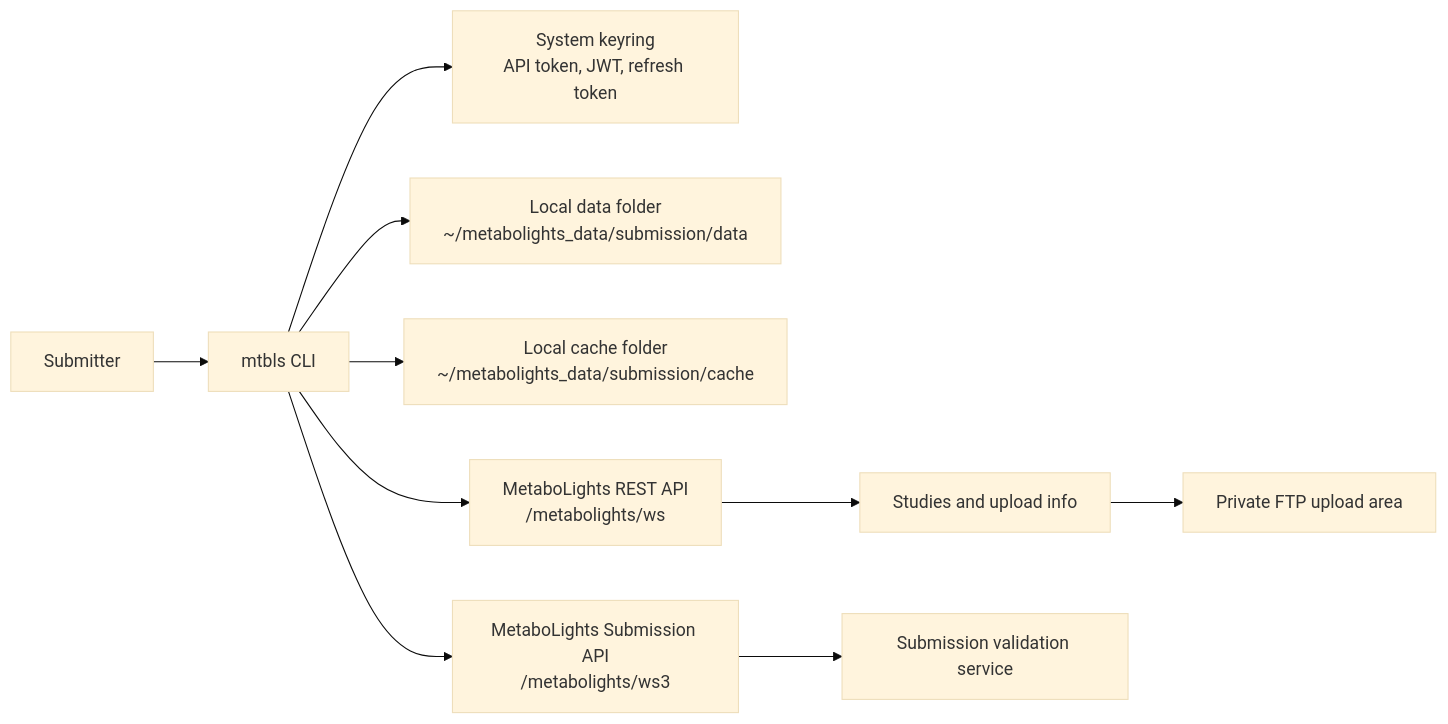
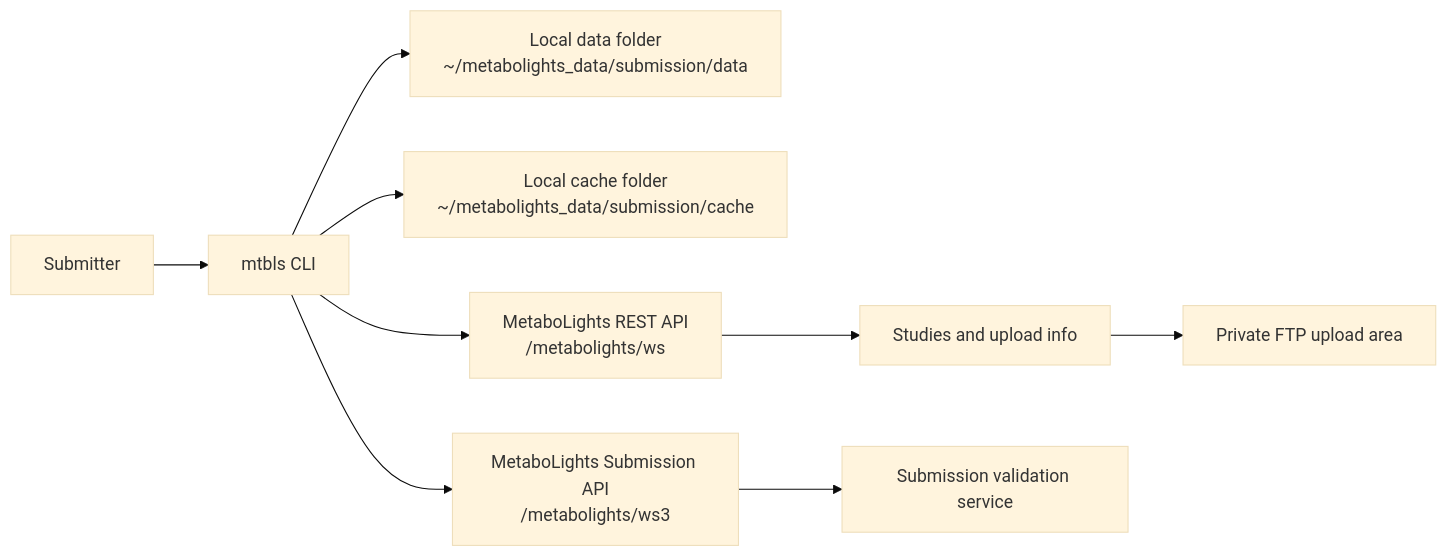
One commit to EBI-Metabolights/mtblspy changed the diagram in README.md. Above: the diagram before and after it, drawn with Mermaid (base theme). The commit also changed other lines of this file and 25 other files, not shown here.

````diff
--- a/README.md
+++ b/README.md
@@ -29,12 +29,11 @@
 ```mermaid
 flowchart LR
     user["Submitter"] --> cli["mtbls CLI"]
-    cli --> keyring["System keyring<br/>API token, JWT, refresh token"]
     cli --> data["Local data folder<br/>~/metabolights_data/submission/data"]
     cli --> cache["Local cache folder<br/>~/metabolights_data/submission/cache"]
     cli --> ws["MetaboLights REST API<br/>/metabolights/ws"]
     cli --> ws3["MetaboLights Submission API<br/>/metabolights/ws3"]
     ws --> studies["Studies and upload info"]
     ws3 --> validation["Submission validation service"]
     studies --> ftp["Private FTP upload area"]
 ```
````
